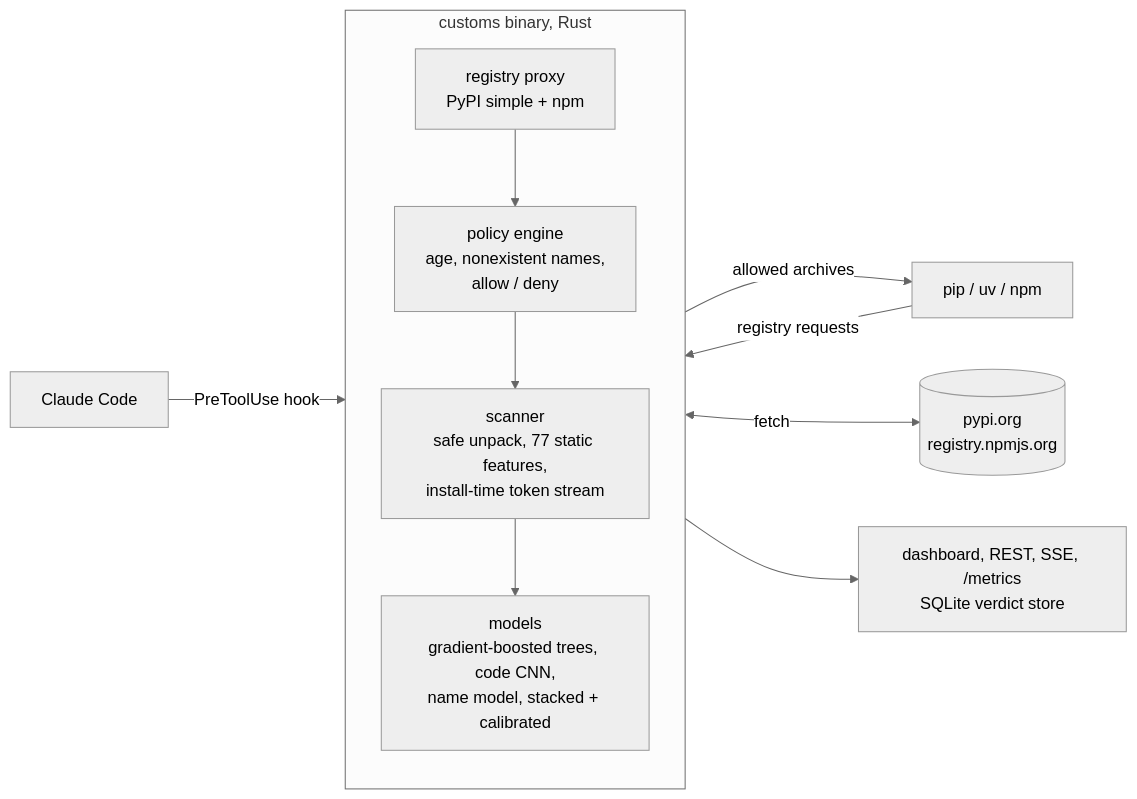
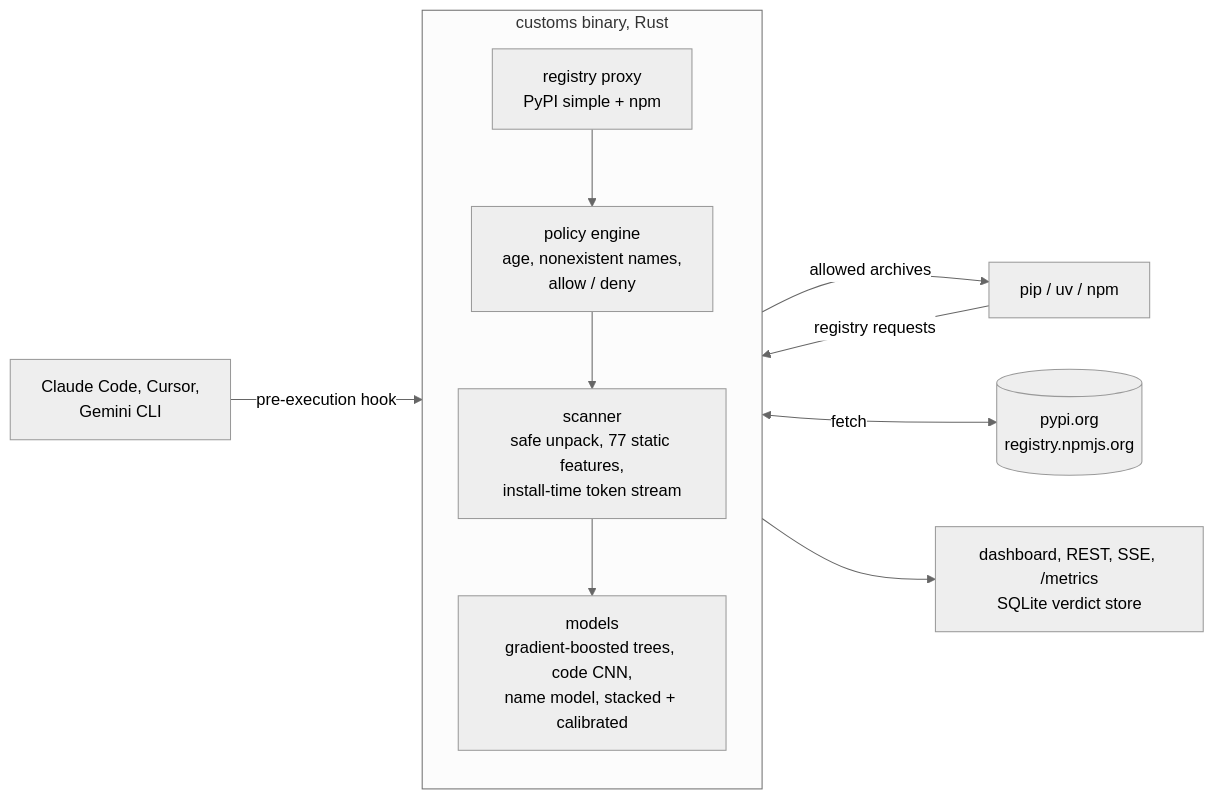
Before and after one commit to yib7/customs: the diagram in README.md, drawn with Mermaid (neutral theme). The commit also changed other lines of this file and 8 other files, not shown here.

First line of the commit message:
Hooks for Cursor and Gemini CLI

````diff
--- a/README.md
+++ b/README.md
@@ -47,14 +47,14 @@
 ```mermaid
 flowchart LR
     A[pip / uv / npm] -->|registry requests| P
-    C[Claude Code] -->|PreToolUse hook| P
+    C[Claude Code, Cursor,<br/>Gemini CLI] -->|pre-execution hook| P
     subgraph P[customs binary, Rust]
       direction TB
       R[registry proxy<br/>PyPI simple + npm] --> POL[policy engine<br/>age, nonexistent names,<br/>allow / deny]
       POL --> S[scanner<br/>safe unpack, 77 static features,<br/>install-time token stream]
       S --> M[models<br/>gradient-boosted trees, code CNN,<br/>name model, stacked + calibrated]
     end
     P -->|allowed archives| A
     P <-->|fetch| U[(pypi.org<br/>registry.npmjs.org)]
     P --> D[dashboard, REST, SSE, /metrics<br/>SQLite verdict store]
 ```
````
